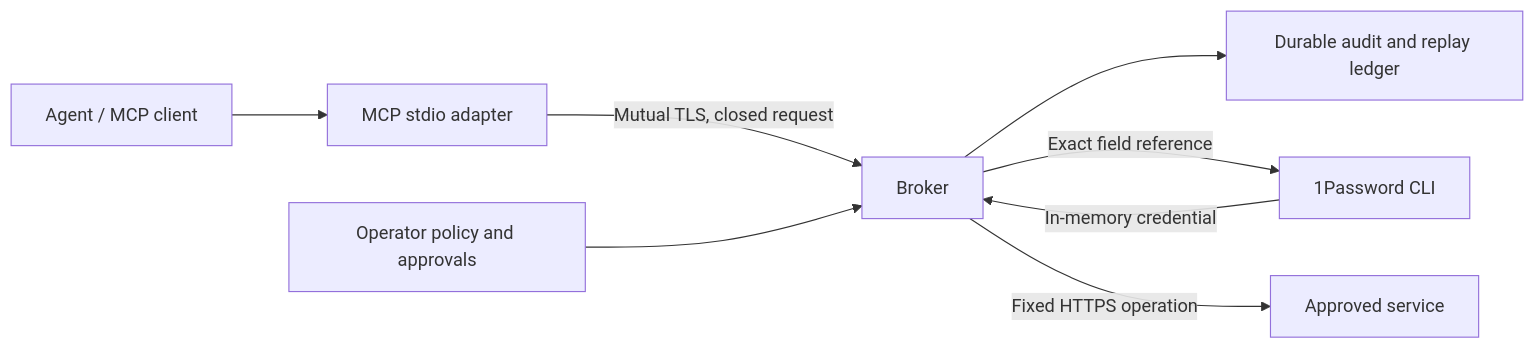
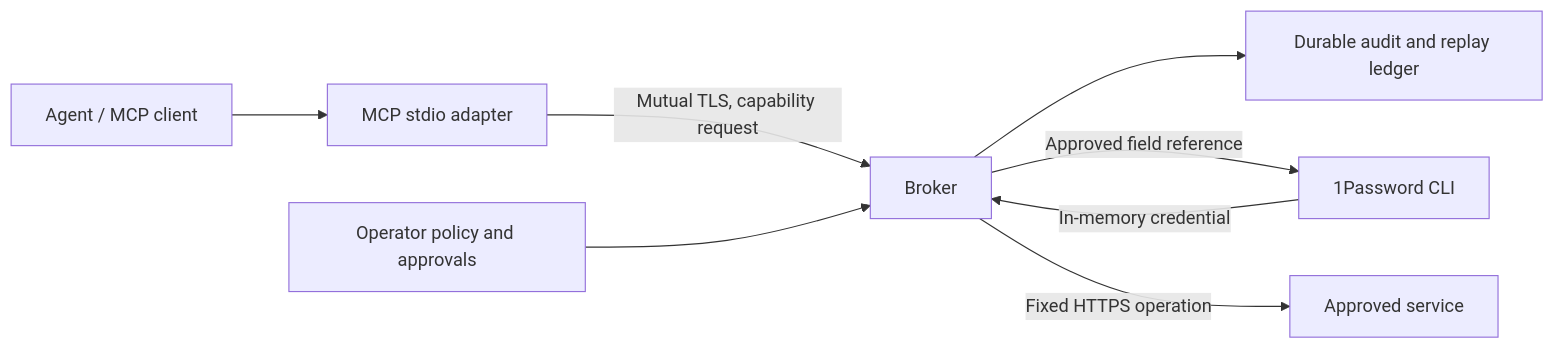
One commit to astrivant/1password-agent-broker changed the diagram in README.md. Above: the diagram before and after it, drawn with Mermaid. The commit also changed other lines of this file and 8 other files, not shown here.

````diff
--- a/README.md
+++ b/README.md
@@ -46,10 +58,10 @@
 ```mermaid
 flowchart LR
     A[Agent / MCP client] --> M[MCP stdio adapter]
-    M -->|Mutual TLS, closed request| B[Broker]
+    M -->|Mutual TLS, capability request| B[Broker]
     P[Operator policy and approvals] --> B
     B --> L[Durable audit and replay ledger]
-    B -->|Exact field reference| O[1Password CLI]
+    B -->|Approved field reference| O[1Password CLI]
     O -->|In-memory credential| B
     B -->|Fixed HTTPS operation| S[Approved service]
 ```
````
